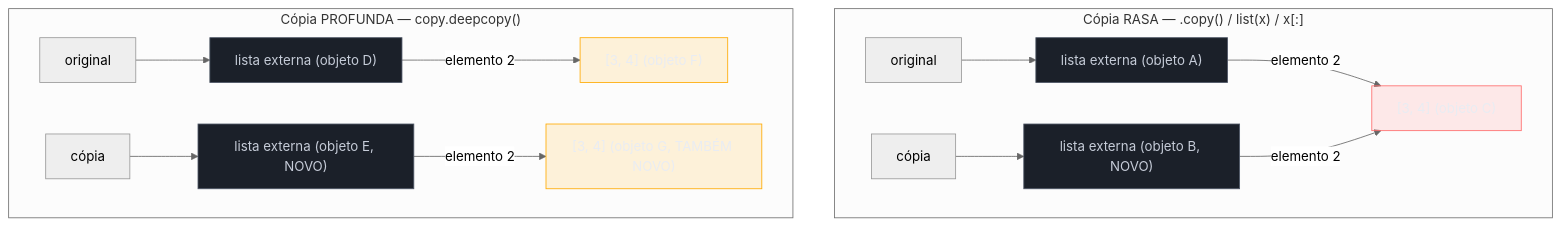
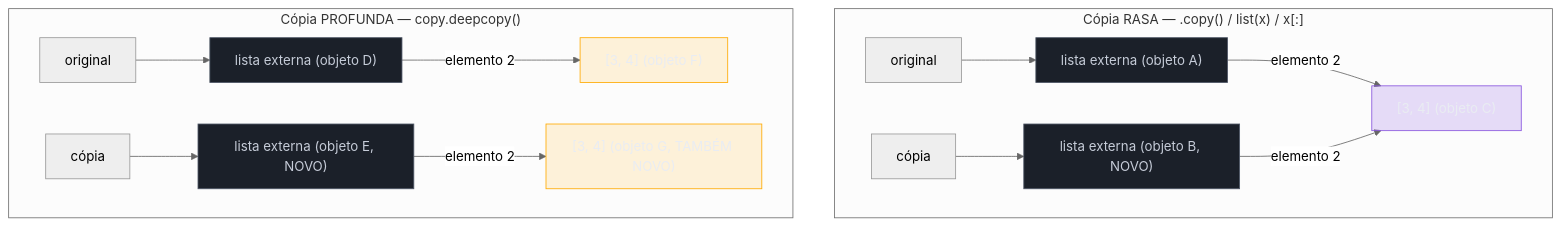
Before and after one commit to josenaldo/codex-technomanticus: the second of 2 diagrams in 03-Dominios/Tecnologia/Python/Collections e Comprehensions/01 - Listas — criação, métodos e slicing avançado.md, drawn with Mermaid (neutral theme). The commit also changed 601 other files, not shown here.

````diff
--- a/03-Dominios/Tecnologia/Python/Collections e Comprehensions/01 - Listas — criação, métodos e slicing avançado.md
+++ b/03-Dominios/Tecnologia/Python/Collections e Comprehensions/01 - Listas — criação, métodos e slicing avançado.md
@@ -280,27 +280,27 @@
 ```mermaid
 flowchart TD
+    classDef marca fill:#8855DF33,stroke:#8855DF,color:#E9ECF2
     classDef neutro fill:#1B2029,stroke:#4E5666,color:#C6CCD8
-    classDef falha fill:#FF6B6B24,stroke:#FF6B6B,color:#E9ECF2
     classDef destaque fill:#FFAA0024,stroke:#FFAA00,color:#E9ECF2
     subgraph Rasa["Cópia RASA — .copy() / list(x) / x[:]"]
         O1["original"] --> L1["lista externa (objeto A)"]
         C1["cópia"] --> L2["lista externa (objeto B, NOVO)"]
         L1 -->|elemento 2| N1["[3, 4] (objeto C)"]
         L2 -->|elemento 2| N1
     end
 
     subgraph Profunda["Cópia PROFUNDA — copy.deepcopy()"]
         O2["original"] --> M1["lista externa (objeto D)"]
         C2["cópia"] --> M2["lista externa (objeto E, NOVO)"]
         M1 -->|elemento 2| N2["[3, 4] (objeto F)"]
         M2 -->|elemento 2| N3["[3, 4] (objeto G, TAMBÉM NOVO)"]
     end
 
     class L1 neutro
     class L2 neutro
-    class N1 falha
+    class N1 marca
     class M1 neutro
     class M2 neutro
     class N2 destaque
     class N3 destaque
 ```
````
